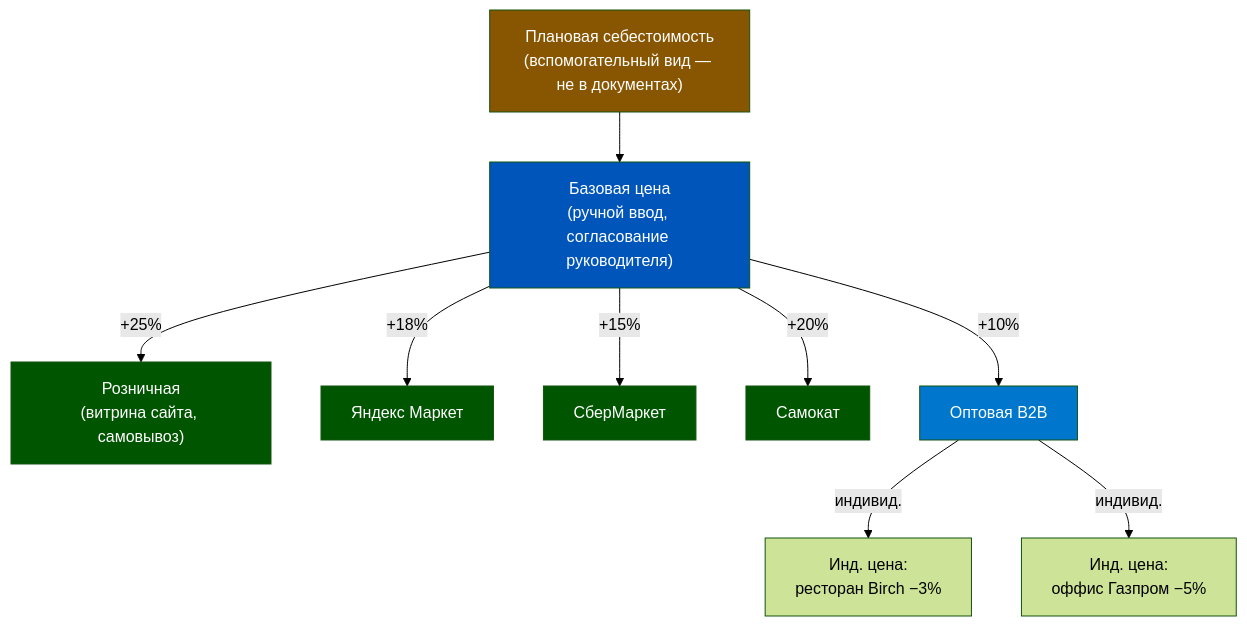
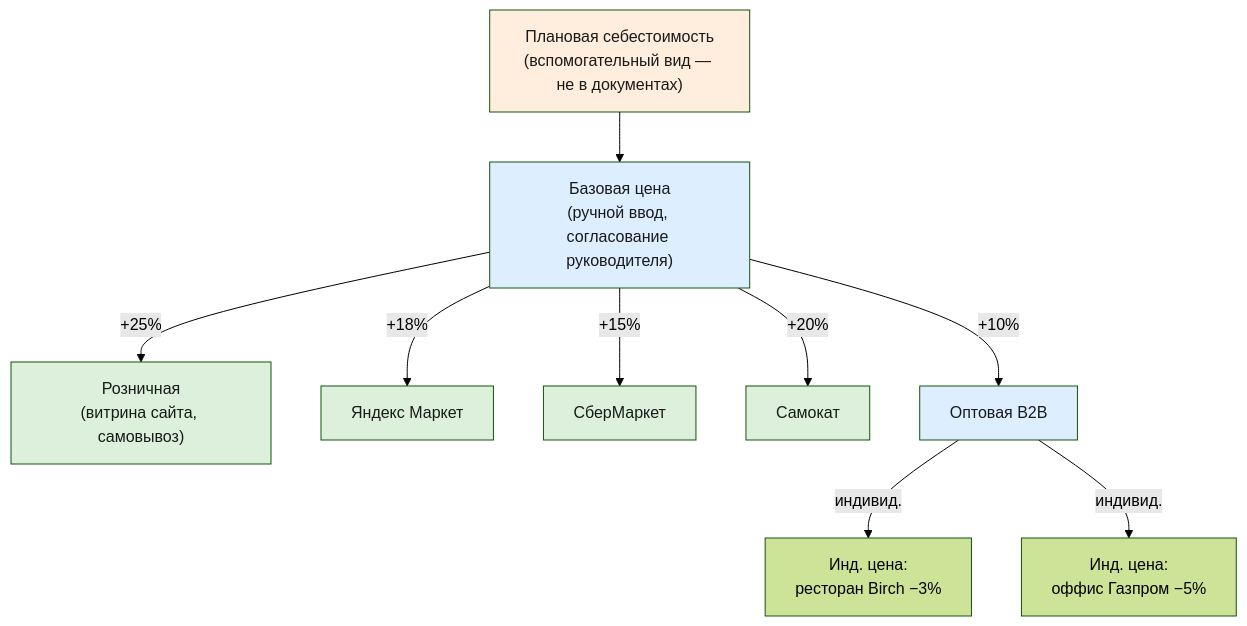
Before and after one commit to murad1986/1c-erp-quartz: the sixth of 6 diagrams in content/1c-erp/week_2/Неделя 2 - День 4 - Ценообразование.md, drawn with Mermaid (forest theme). The commit also changed other lines of this file and 57 other files, not shown here.

First line of the commit message:
fix: Mermaid — пастельные цвета в источниках диаграмм (56 файлов)

````diff
--- a/content/1c-erp/week_2/Неделя 2 - День 4 - Ценообразование.md
+++ b/content/1c-erp/week_2/Неделя 2 - День 4 - Ценообразование.md
@@ -422,19 +422,19 @@
 ```mermaid
 graph TD
     CS["Плановая себестоимость<br/>(вспомогательный вид — не в документах)"] --> BASE["Базовая цена<br/>(ручной ввод, согласование руководителя)"]
     BASE -->|"+25%"| RET["Розничная<br/>(витрина сайта, самовывоз)"]
     BASE -->|"+18%"| YM["Яндекс Маркет"]
     BASE -->|"+15%"| SBR["СберМаркет"]
     BASE -->|"+20%"| SAM["Самокат"]
     BASE -->|"+10%"| B2B["Оптовая B2B"]
     B2B -->|"индивид."| CAFE["Инд. цена:<br/>ресторан Birch −3%"]
     B2B -->|"индивид."| CORP["Инд. цена:<br/>оффис Газпром −5%"]
 
-    style CS fill:#885500,color:#fff
-    style BASE fill:#0055BB,color:#fff
-    style RET fill:#005500,color:#fff
-    style YM fill:#005500,color:#fff
-    style SBR fill:#005500,color:#fff
-    style SAM fill:#005500,color:#fff
-    style B2B fill:#0077CC,color:#fff
+    style CS fill:#ffeedd,color:#1a1a1a
+    style BASE fill:#dceeff,color:#1a1a1a
+    style RET fill:#dcf0dc,color:#1a1a1a
+    style YM fill:#dcf0dc,color:#1a1a1a
+    style SBR fill:#dcf0dc,color:#1a1a1a
+    style SAM fill:#dcf0dc,color:#1a1a1a
+    style B2B fill:#dceeff,color:#1a1a1a
 ```
````
